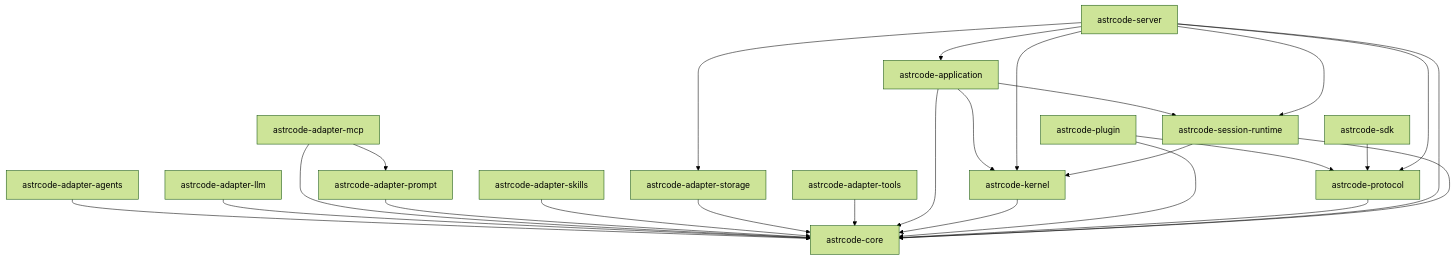
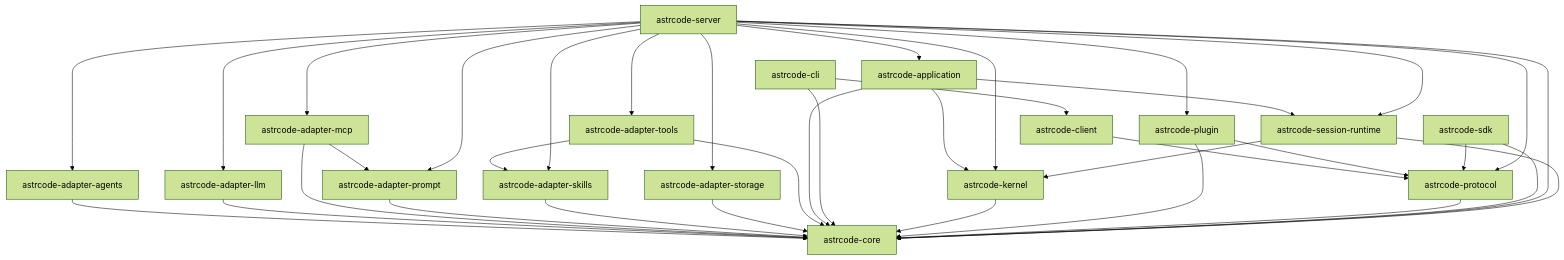
The diagram in docs/architecture/crates-dependency-graph.md (whatevertogo/Astrcode), drawn with Mermaid (forest theme) before and after one commit. The commit also changed other lines of this file and 24 other files, not shown here.

````diff
--- a/docs/architecture/crates-dependency-graph.md
+++ b/docs/architecture/crates-dependency-graph.md
@@ -9,28 +9,40 @@
 ```mermaid
 graph TD
   astrcode-adapter-agents[astrcode-adapter-agents] --> astrcode-core[astrcode-core]
   astrcode-adapter-llm[astrcode-adapter-llm] --> astrcode-core[astrcode-core]
   astrcode-adapter-mcp[astrcode-adapter-mcp] --> astrcode-adapter-prompt[astrcode-adapter-prompt]
   astrcode-adapter-mcp[astrcode-adapter-mcp] --> astrcode-core[astrcode-core]
   astrcode-adapter-prompt[astrcode-adapter-prompt] --> astrcode-core[astrcode-core]
   astrcode-adapter-skills[astrcode-adapter-skills] --> astrcode-core[astrcode-core]
   astrcode-adapter-storage[astrcode-adapter-storage] --> astrcode-core[astrcode-core]
+  astrcode-adapter-tools[astrcode-adapter-tools] --> astrcode-adapter-skills[astrcode-adapter-skills]
   astrcode-adapter-tools[astrcode-adapter-tools] --> astrcode-core[astrcode-core]
   astrcode-application[astrcode-application] --> astrcode-core[astrcode-core]
   astrcode-application[astrcode-application] --> astrcode-kernel[astrcode-kernel]
   astrcode-application[astrcode-application] --> astrcode-session-runtime[astrcode-session-runtime]
+  astrcode-cli[astrcode-cli] --> astrcode-client[astrcode-client]
+  astrcode-cli[astrcode-cli] --> astrcode-core[astrcode-core]
+  astrcode-client[astrcode-client] --> astrcode-protocol[astrcode-protocol]
   astrcode-core[astrcode-core]
   astrcode-kernel[astrcode-kernel] --> astrcode-core[astrcode-core]
   astrcode-plugin[astrcode-plugin] --> astrcode-core[astrcode-core]
   astrcode-plugin[astrcode-plugin] --> astrcode-protocol[astrcode-protocol]
   astrcode-protocol[astrcode-protocol] --> astrcode-core[astrcode-core]
+  astrcode-sdk[astrcode-sdk] --> astrcode-core[astrcode-core]
   astrcode-sdk[astrcode-sdk] --> astrcode-protocol[astrcode-protocol]
+  astrcode-server[astrcode-server] --> astrcode-adapter-agents[astrcode-adapter-agents]
+  astrcode-server[astrcode-server] --> astrcode-adapter-llm[astrcode-adapter-llm]
+  astrcode-server[astrcode-server] --> astrcode-adapter-mcp[astrcode-adapter-mcp]
+  astrcode-server[astrcode-server] --> astrcode-adapter-prompt[astrcode-adapter-prompt]
+  astrcode-server[astrcode-server] --> astrcode-adapter-skills[astrcode-adapter-skills]
   astrcode-server[astrcode-server] --> astrcode-adapter-storage[astrcode-adapter-storage]
+  astrcode-server[astrcode-server] --> astrcode-adapter-tools[astrcode-adapter-tools]
   astrcode-server[astrcode-server] --> astrcode-application[astrcode-application]
   astrcode-server[astrcode-server] --> astrcode-core[astrcode-core]
   astrcode-server[astrcode-server] --> astrcode-kernel[astrcode-kernel]
+  astrcode-server[astrcode-server] --> astrcode-plugin[astrcode-plugin]
   astrcode-server[astrcode-server] --> astrcode-protocol[astrcode-protocol]
   astrcode-server[astrcode-server] --> astrcode-session-runtime[astrcode-session-runtime]
   astrcode-session-runtime[astrcode-session-runtime] --> astrcode-core[astrcode-core]
   astrcode-session-runtime[astrcode-session-runtime] --> astrcode-kernel[astrcode-kernel]
 ```
````
